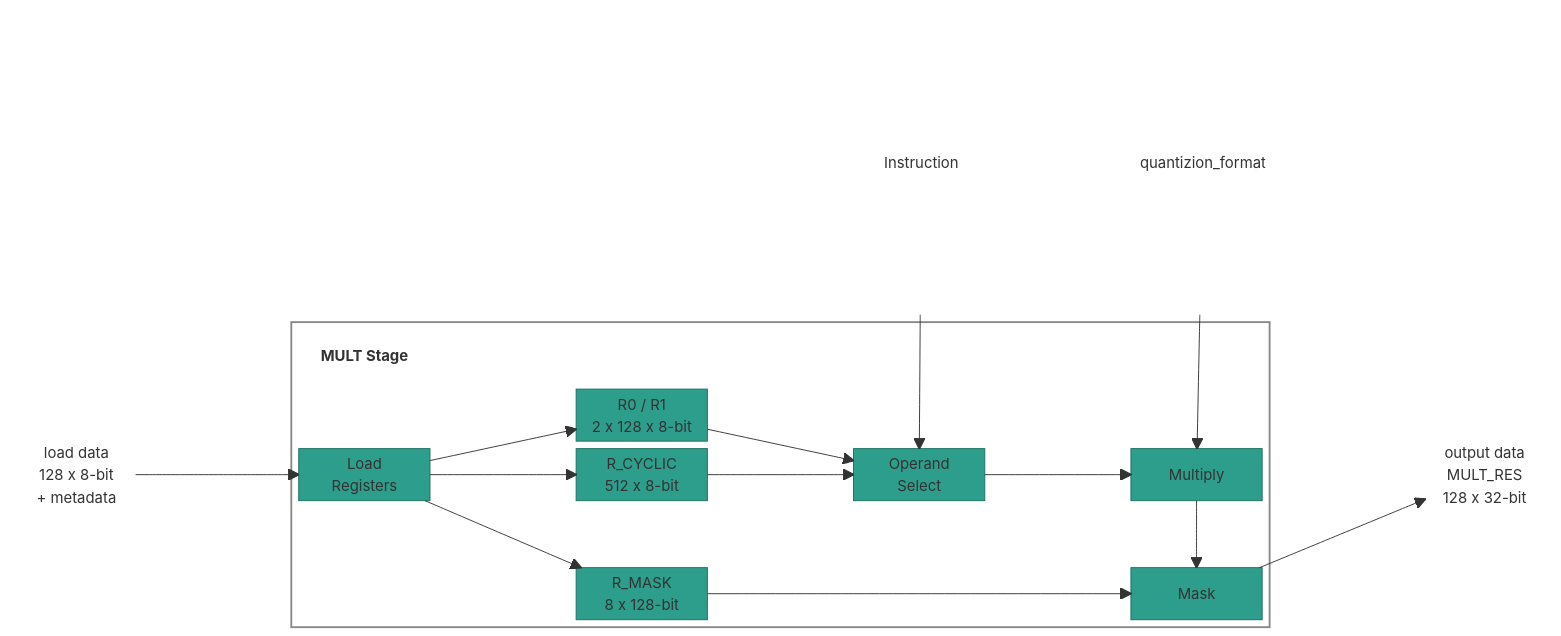
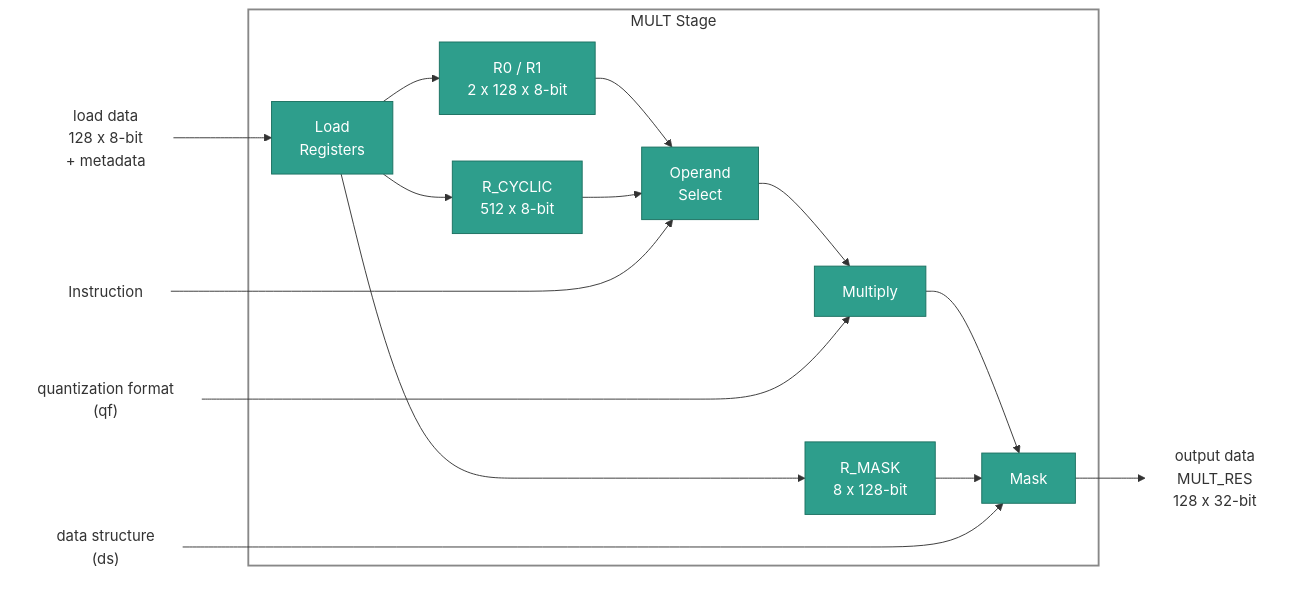
One commit to rechefe/ipu-emulator changed the diagram in docs/content/specs/ARCH-stage-mult.md. Above: the diagram before and after it, drawn with Mermaid. The commit also changed other lines of this file and 7 other files, not shown here.

First line of the commit message:
Update documentation and assets for IPU architecture

````diff
--- a/docs/content/specs/ARCH-stage-mult.md
+++ b/docs/content/specs/ARCH-stage-mult.md
@@ -40,44 +38,36 @@
 ```mermaid
-block-beta
-    columns 11
-    space:6 INSTR["Instruction"] space FMT["quantizion_format"] space:2
-    block:INS:1
-        columns 1
-        LD_DATA["load data<br>128 x 8-bit<br>+ metadata"]
-    end
-    space
-    block:STAGE:7
-        columns 7
-        TITLE["MULT Stage"] space:6
-        space:2 RA["R0 / R1<br>2 x 128 x 8-bit"] space:4
-        LDW["Load<br>Registers"] space RC["R_CYCLIC<br>512 x 8-bit"] space SEL["Operand<br>Select"] space MUL["Multiply"]
-        space:7
-        space:2 RMASK["R_MASK<br>8 x 128-bit"] space:3 MASK["Mask"]
-    end
-    space
-    block:OUTS:1
-        columns 1
-        OUT_DATA["output data<br>MULT_RES<br>128 x 32-bit"]
+flowchart LR
+    LD_DATA["load data<br>128 x 8-bit<br>+ metadata"]:::io
+    INSTR["Instruction"]:::io
+    QF["quantization format<br>(qf)"]:::io
+    DS["data structure<br>(ds)"]:::io
+    OUT_DATA["output data<br>MULT_RES<br>128 x 32-bit"]:::io
+
+    subgraph STAGE["MULT Stage"]
+        LDW["Load<br>Registers"]:::blk
+        RA["R0 / R1<br>2 x 128 x 8-bit"]:::blk
+        RC["R_CYCLIC<br>512 x 8-bit"]:::blk
+        RMASK["R_MASK<br>8 x 128-bit"]:::blk
+        SEL["Operand<br>Select"]:::blk
+        MUL["Multiply"]:::blk
+        MASK["Mask"]:::blk
     end
 
     LD_DATA --> LDW
     LDW --> RA
     LDW --> RC
     LDW --> RMASK
     RA --> SEL
     RC --> SEL
-    INSTR --> SEL
-    FMT --> MUL
+    INSTR ----> SEL
     SEL --> MUL
+    QF -----> MUL
     MUL --> MASK
     RMASK --> MASK
+    DS ------> MASK
     MASK --> OUT_DATA
 
     classDef io fill:none,stroke:none
     classDef blk fill:#2e9e8c,stroke:#1a7060,color:#fff
-    classDef title fill:none,stroke:none,font-weight:bold
-    class LD_DATA,INSTR,FMT,OUT_DATA,INS,OUTS io
-    class LDW,RA,RC,RMASK,SEL,MUL,MASK blk
-    class TITLE title
     style STAGE fill:none,stroke:#888,stroke-width:2px
 ```
````
